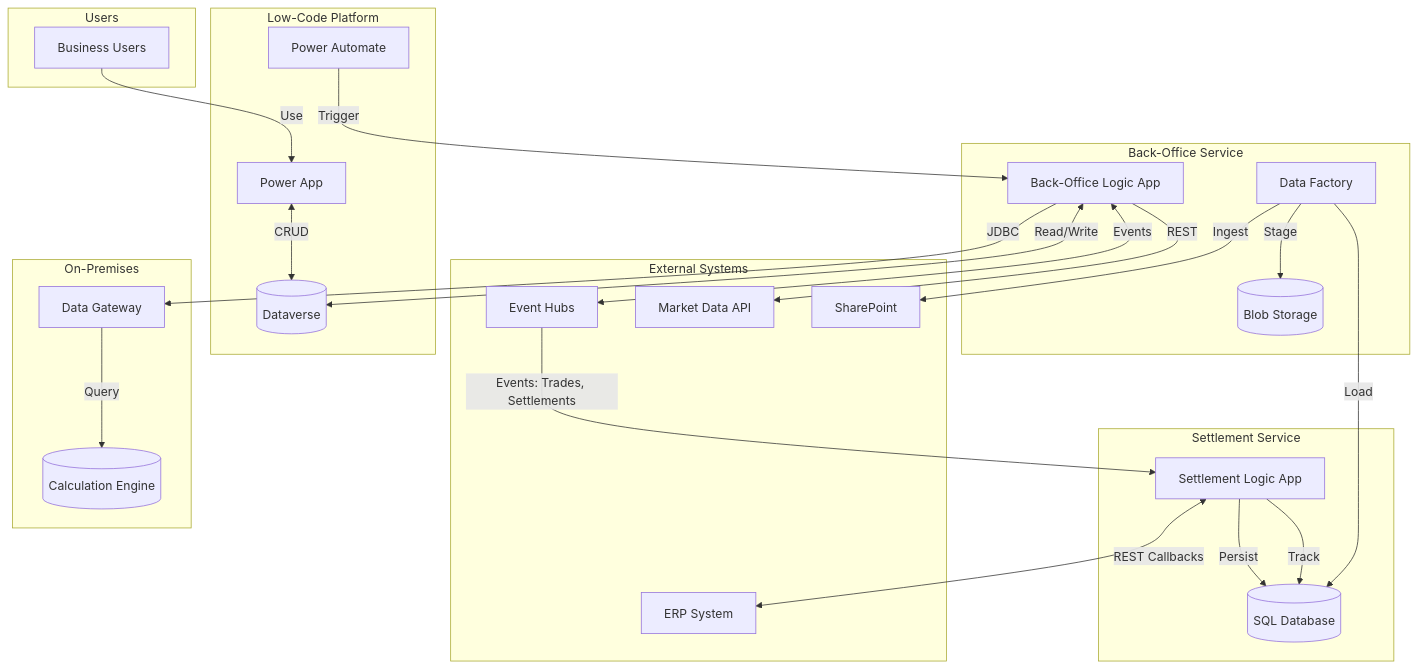
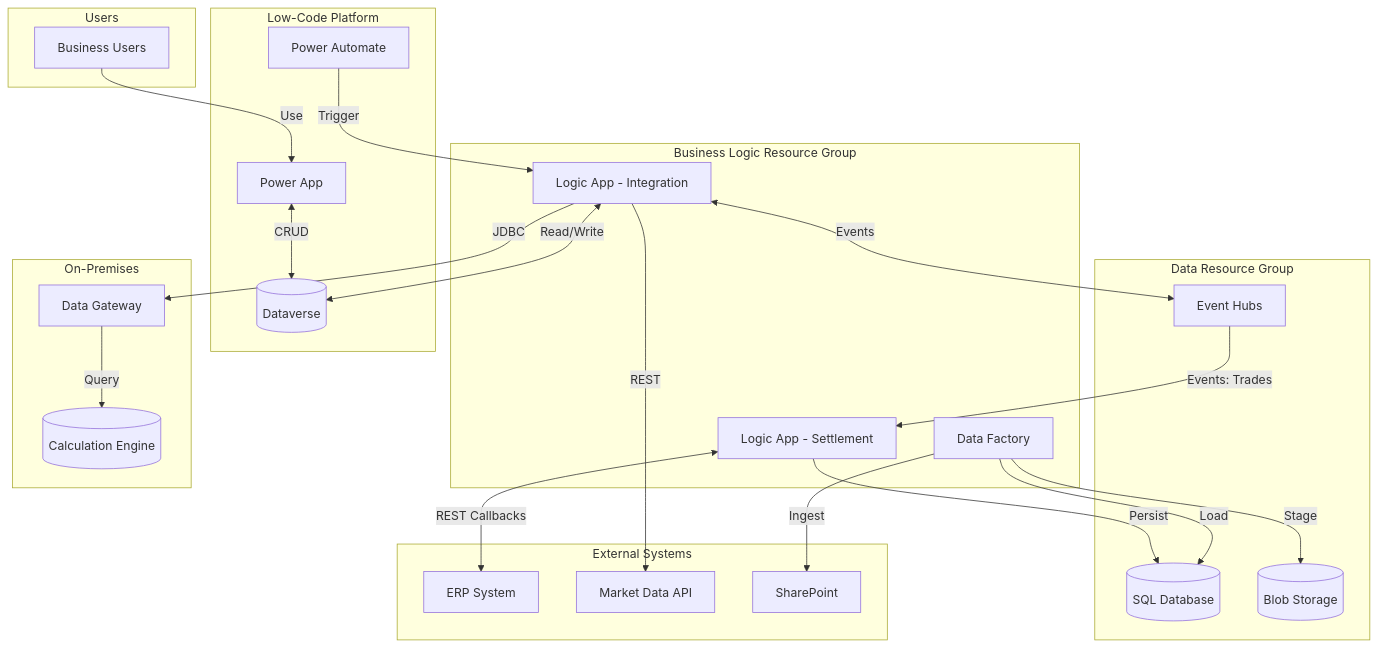
One commit to redliuk/My-doku-website changed the diagram in my-website/docs/sidebar1/energy-trading-settlement.md. Above: the diagram before and after it, drawn with Mermaid. The commit also changed other lines of this file, not shown here.

Commit message:
refine energy trading settlement article

````diff
--- a/my-website/docs/sidebar1/energy-trading-settlement.md
+++ b/my-website/docs/sidebar1/energy-trading-settlement.md
@@ -85,54 +23,53 @@
 ```mermaid
 graph TB
     subgraph "Users"
         BU[Business Users]
     end
 
     subgraph "Low-Code Platform"
         PA[Power App]
         PAuto[Power Automate]
         DV[(Dataverse)]
     end
 
-    subgraph "Settlement Service"
-        SLA[Settlement Logic App]
+    subgraph "Data Resource Group"
         SQL[(SQL Database)]
-    end
-
-    subgraph "Back-Office Service"
-        BLA[Back-Office Logic App]
-        ADF[Data Factory]
+        EH[Event Hubs]
         BLOB[(Blob Storage)]
     end
 
+    subgraph "Business Logic Resource Group"
+        SLA[Logic App - Settlement]
+        BLA[Logic App - Integration]
+        ADF[Data Factory]
+    end
+
     subgraph "External Systems"
-        EH[Event Hubs]
         ERP[ERP System]
         MKT[Market Data API]
         SP[SharePoint]
     end
 
     subgraph "On-Premises"
         ORA[(Calculation Engine)]
         GW[Data Gateway]
     end
 
     BU -->|"Use"| PA
     PA <-->|"CRUD"| DV
     PAuto -->|"Trigger"| BLA
 
-    EH -->|"Events: Trades, Settlements"| SLA
+    EH -->|"Events: Trades"| SLA
     SLA -->|"Persist"| SQL
     SLA <-->|"REST Callbacks"| ERP
-    SLA -->|"Track"| SQL
 
     BLA <-->|"Read/Write"| DV
     BLA -->|"REST"| MKT
     BLA -->|"JDBC"| GW
     GW -->|"Query"| ORA
     BLA <-->|"Events"| EH
 
     ADF -->|"Ingest"| SP
     ADF -->|"Load"| SQL
     ADF -->|"Stage"| BLOB
 ```
````
